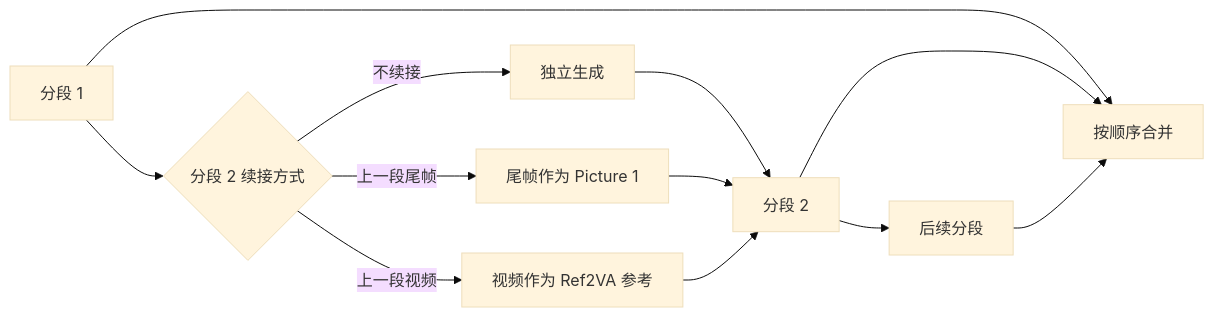
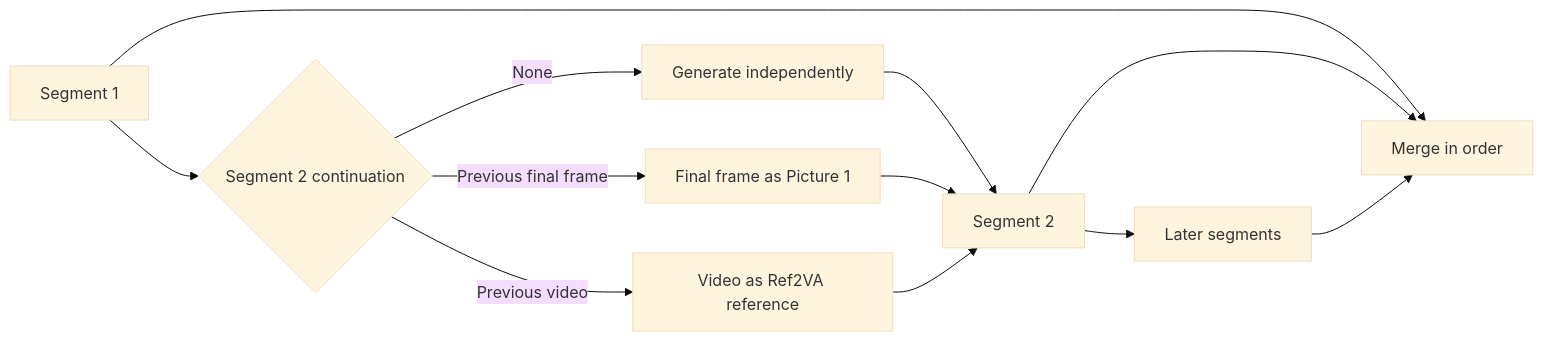
One commit to siyuan-liu31/h3-studio changed the second of 2 diagrams in README.md. Above: the diagram before and after it, drawn with Mermaid (base theme). The commit also changed other lines of this file and 36 other files, not shown here.

````diff
--- a/README.md
+++ b/README.md
@@ -109,14 +130,14 @@
 ```mermaid
 flowchart LR
-  S1[分段 1] --> C{分段 2 续接方式}
-  C -->|不续接| N[独立生成]
-  C -->|上一段尾帧| F[尾帧作为 Picture 1]
-  C -->|上一段视频| V[视频作为 Ref2VA 参考]
-  N --> S2[分段 2]
+  S1[Segment 1] --> C{Segment 2 continuation}
+  C -->|None| N[Generate independently]
+  C -->|Previous final frame| F[Final frame as Picture 1]
+  C -->|Previous video| V[Video as Ref2VA reference]
+  N --> S2[Segment 2]
   F --> S2
   V --> S2
-  S2 --> S3[后续分段]
-  S1 --> Merge[按顺序合并]
+  S2 --> S3[Later segments]
+  S1 --> Merge[Merge in order]
   S2 --> Merge
   S3 --> Merge
 ```
````
